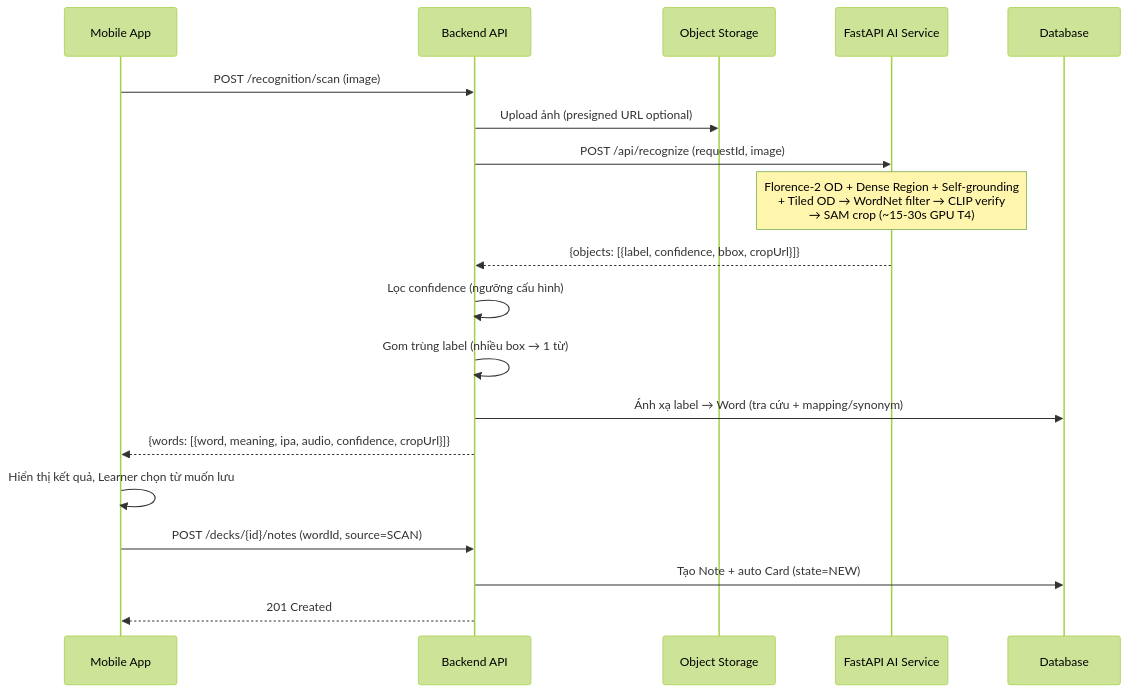
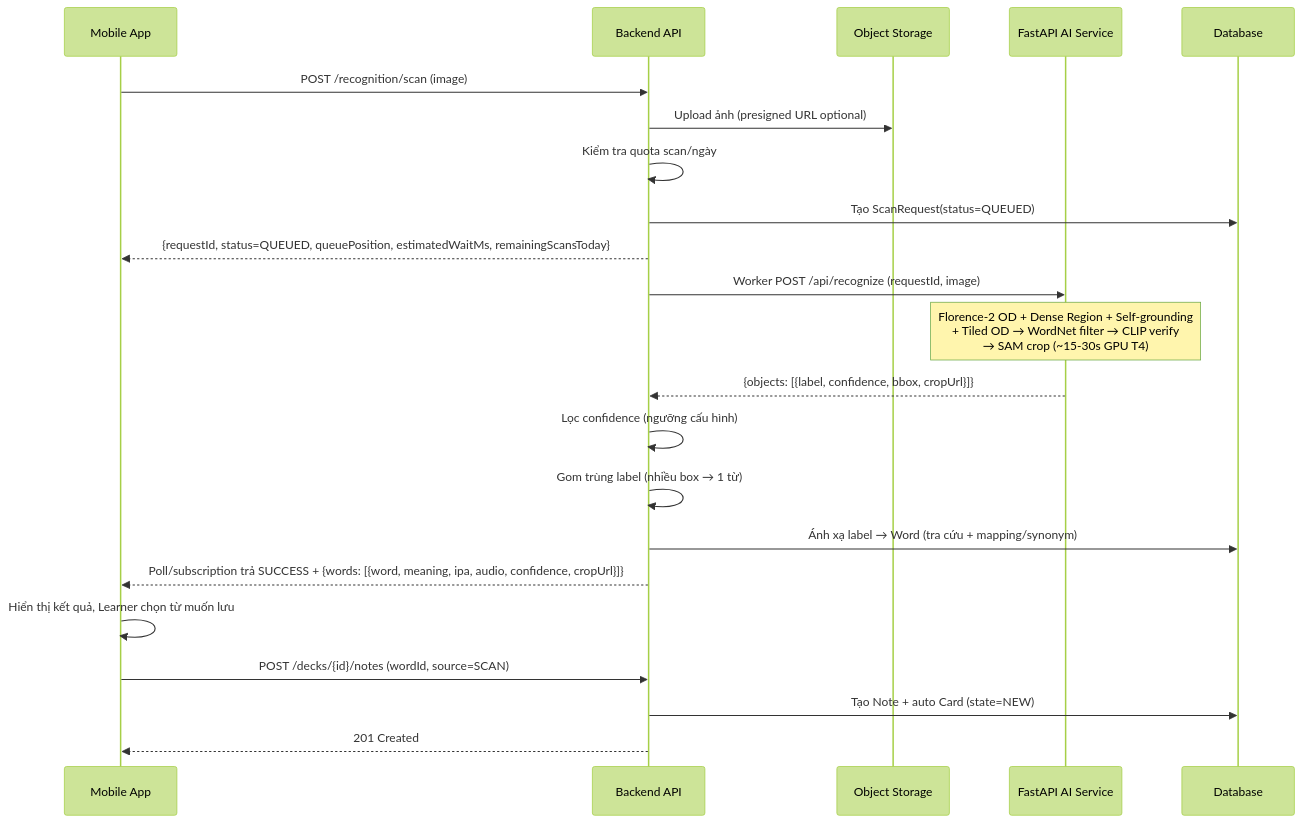
Before and after one commit to SnapVocab/docs: the third of 6 diagrams in sa/sa.md, drawn with Mermaid (forest theme). The commit also changed other lines of this file and 9 other files, not shown here.

````diff
--- a/sa/sa.md
+++ b/sa/sa.md
@@ -358,22 +358,25 @@
 ```mermaid
 sequenceDiagram
     participant M as Mobile App
     participant B as Backend API
     participant S as Object Storage
     participant AI as FastAPI AI Service
     participant DB as Database
 
     M->>B: POST /recognition/scan (image)
     B->>S: Upload ảnh (presigned URL optional)
-    B->>AI: POST /api/recognize (requestId, image)
+    B->>B: Kiểm tra quota scan/ngày
+    B->>DB: Tạo ScanRequest(status=QUEUED)
+    B-->>M: {requestId, status=QUEUED, queuePosition, estimatedWaitMs, remainingScansToday}
+    B->>AI: Worker POST /api/recognize (requestId, image)
     Note over AI: Florence-2 OD + Dense Region + Self-grounding<br>+ Tiled OD → WordNet filter → CLIP verify<br>→ SAM crop (~15-30s GPU T4)
     AI-->>B: {objects: [{label, confidence, bbox, cropUrl}]}
     B->>B: Lọc confidence (ngưỡng cấu hình)
     B->>B: Gom trùng label (nhiều box → 1 từ)
     B->>DB: Ánh xạ label → Word (tra cứu + mapping/synonym)
-    B-->>M: {words: [{word, meaning, ipa, audio, confidence, cropUrl}]}
+    B-->>M: Poll/subscription trả SUCCESS + {words: [{word, meaning, ipa, audio, confidence, cropUrl}]}
     M->>M: Hiển thị kết quả, Learner chọn từ muốn lưu
     M->>B: POST /decks/{id}/notes (wordId, source=SCAN)
     B->>DB: Tạo Note + auto Card (state=NEW)
     B-->>M: 201 Created
 ```
````
